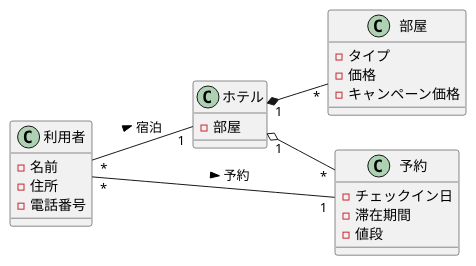
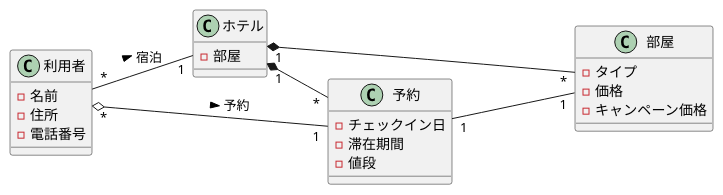
One commit to orenouserNamehaKawamura1/uml-introduction changed the diagram in 演習3-3_CL_ホテルと利用者と部屋と予約.pu. Above: the diagram before and after it, drawn with PlantUML. The commit also changed 1 other file, not shown here.

```diff
--- a/演習3-3_CL_ホテルと利用者と部屋と予約.pu
+++ b/演習3-3_CL_ホテルと利用者と部屋と予約.pu
@@ -1,27 +1,28 @@
 @startuml
     left to right direction
     class 利用者 {
         - 名前
         - 住所
         - 電話番号
     }
     class ホテル {
         - 部屋
     }
     class 部屋 {
         - タイプ
         - 価格
         - キャンペーン価格
     }
     class 予約 {
         - チェックイン日
         - 滞在期間
         - 値段
     }
     
     利用者 "*" -- "1" ホテル : > 宿泊
-    利用者 "*" -- "1" 予約 : > 予約 
+    利用者 "*" o-- "1" 予約 : > 予約 
     ホテル "1" *-- "*" 部屋
-    ホテル "1" o-- "*" 予約
+    ホテル "1" *-- "*" 予約
+    予約 "1" --- "1" 部屋
 
 @enduml
```
